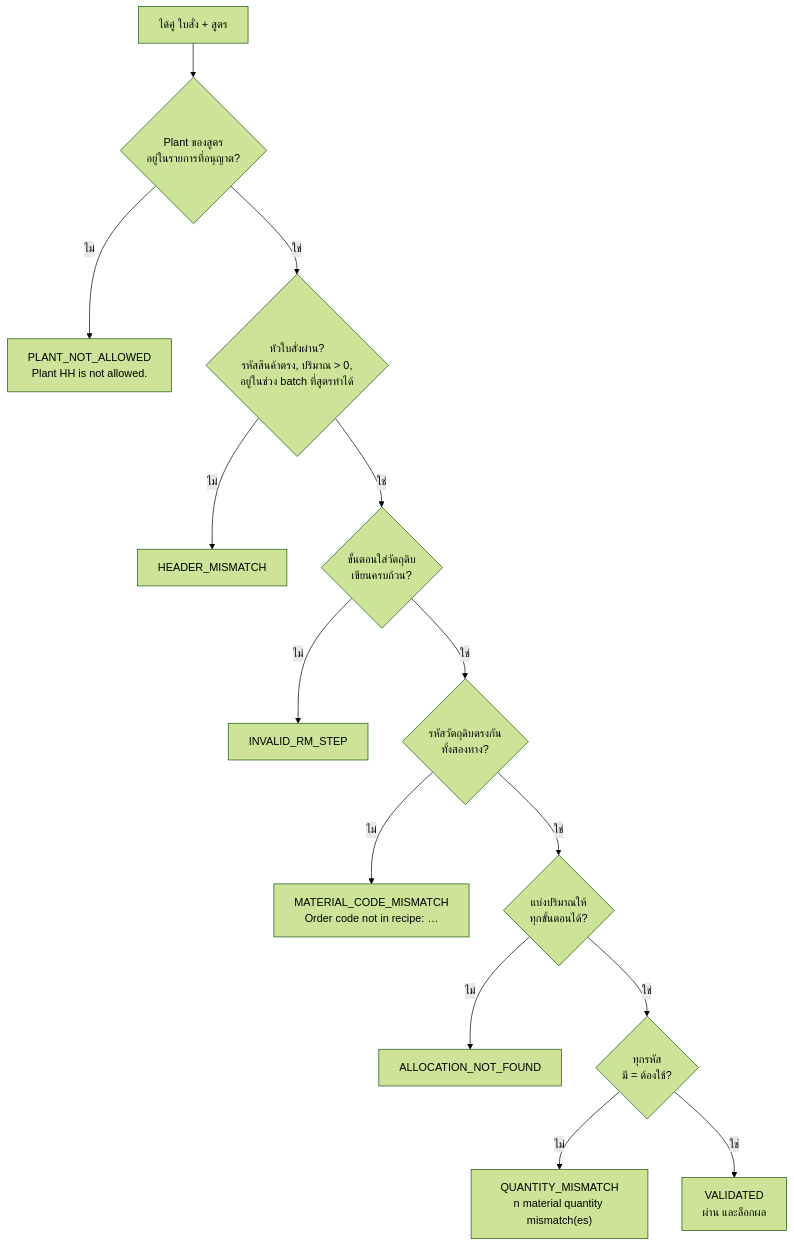
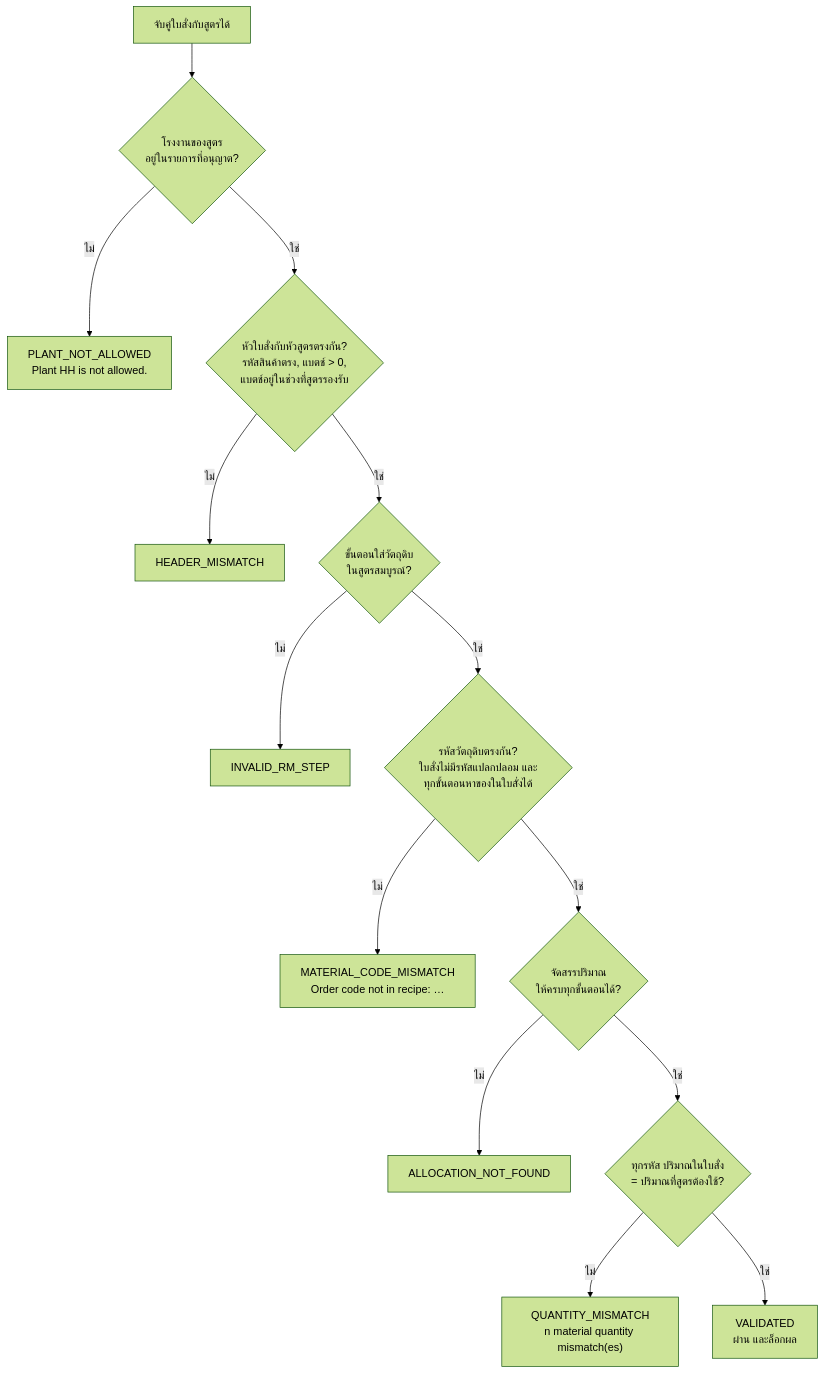
The third of 5 diagrams in README.md (mosssssssssszx/test), drawn with Mermaid (forest theme) before and after one commit. The commit also changed other lines of this file, not shown here.

````diff
--- a/README.md
+++ b/README.md
@@ -198,16 +212,16 @@
 ```mermaid
 flowchart TD
-    A["ได้คู่ ใบสั่ง + สูตร"] --> B{"Plant ของสูตร<br/>อยู่ในรายการที่อนุญาต?"}
+    A["จับคู่ใบสั่งกับสูตรได้"] --> B{"โรงงานของสูตร<br/>อยู่ในรายการที่อนุญาต?"}
     B -- "ไม่" --> R1["PLANT_NOT_ALLOWED<br/>Plant HH is not allowed."]
-    B -- "ใช่" --> C{"หัวใบสั่งผ่าน?<br/>รหัสสินค้าตรง, ปริมาณ > 0,<br/>อยู่ในช่วง batch ที่สูตรทำได้"}
+    B -- "ใช่" --> C{"หัวใบสั่งกับหัวสูตรตรงกัน?<br/>รหัสสินค้าตรง, แบตช์ > 0,<br/>แบตช์อยู่ในช่วงที่สูตรรองรับ"}
     C -- "ไม่" --> R2["HEADER_MISMATCH"]
-    C -- "ใช่" --> D{"ขั้นตอนใส่วัตถุดิบ<br/>เขียนครบถ้วน?"}
+    C -- "ใช่" --> D{"ขั้นตอนใส่วัตถุดิบ<br/>ในสูตรสมบูรณ์?"}
     D -- "ไม่" --> R3["INVALID_RM_STEP"]
-    D -- "ใช่" --> E{"รหัสวัตถุดิบตรงกัน<br/>ทั้งสองทาง?"}
+    D -- "ใช่" --> E{"รหัสวัตถุดิบตรงกัน?<br/>ใบสั่งไม่มีรหัสแปลกปลอม และ<br/>ทุกขั้นตอนหาของในใบสั่งได้"}
     E -- "ไม่" --> R4["MATERIAL_CODE_MISMATCH<br/>Order code not in recipe: …"]
-    E -- "ใช่" --> F{"แบ่งปริมาณให้<br/>ทุกขั้นตอนได้?"}
+    E -- "ใช่" --> F{"จัดสรรปริมาณ<br/>ให้ครบทุกขั้นตอนได้?"}
     F -- "ไม่" --> R5["ALLOCATION_NOT_FOUND"]
-    F -- "ใช่" --> G{"ทุกรหัส<br/>มี = ต้องใช้?"}
+    F -- "ใช่" --> G{"ทุกรหัส ปริมาณในใบสั่ง<br/>= ปริมาณที่สูตรต้องใช้?"}
     G -- "ไม่" --> R6["QUANTITY_MISMATCH<br/>n material quantity mismatch(es)"]
     G -- "ใช่" --> R7["VALIDATED<br/>ผ่าน และล็อกผล"]
 ```
````
